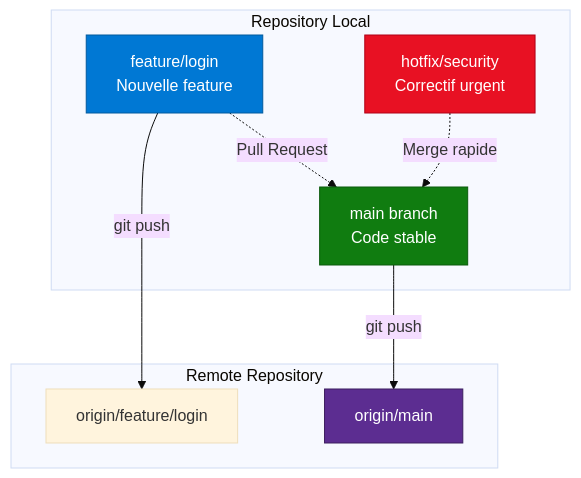
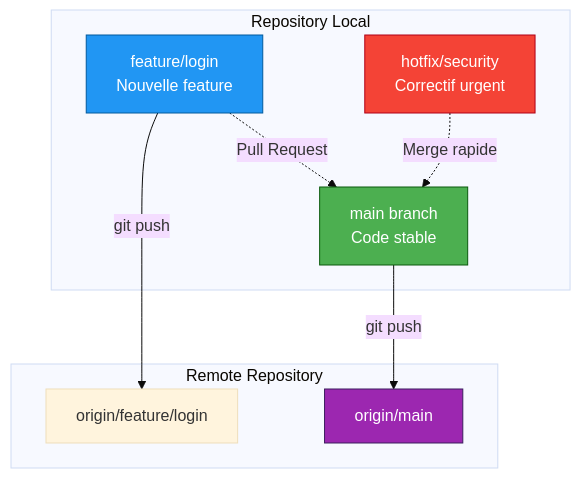
The first of 3 diagrams in docs/formations/devops-foundation/02-module.md (VBlackJack/ShellBook), drawn with Mermaid (base theme) before and after one commit. The commit also changed 337 other files, not shown here.

First line of the commit message:
refactor(docs): Standardize code blocks and Mermaid colors

````diff
--- a/docs/formations/devops-foundation/02-module.md
+++ b/docs/formations/devops-foundation/02-module.md
@@ -39,23 +39,23 @@
 ```mermaid
 flowchart TD
     subgraph "Repository Local"
         A[main branch<br/>Code stable]
         B[feature/login<br/>Nouvelle feature]
         C[hotfix/security<br/>Correctif urgent]
     end
 
     subgraph "Remote Repository"
         D[origin/main]
         E[origin/feature/login]
     end
 
     A -->|git push| D
     B -->|git push| E
     B -.->|Pull Request| A
     C -.->|Merge rapide| A
 
-    style A fill:#107c10,stroke:#0b5a0d,color:#fff
-    style B fill:#0078d4,stroke:#005a9e,color:#fff
-    style C fill:#e81123,stroke:#b00016,color:#fff
-    style D fill:#5c2d91,stroke:#3d1e5f,color:#fff
+    style A fill:#4CAF50,stroke:#0b5a0d,color:#fff
+    style B fill:#2196F3,stroke:#005a9e,color:#fff
+    style C fill:#f44336,stroke:#b00016,color:#fff
+    style D fill:#9C27B0,stroke:#3d1e5f,color:#fff
 ```
````
